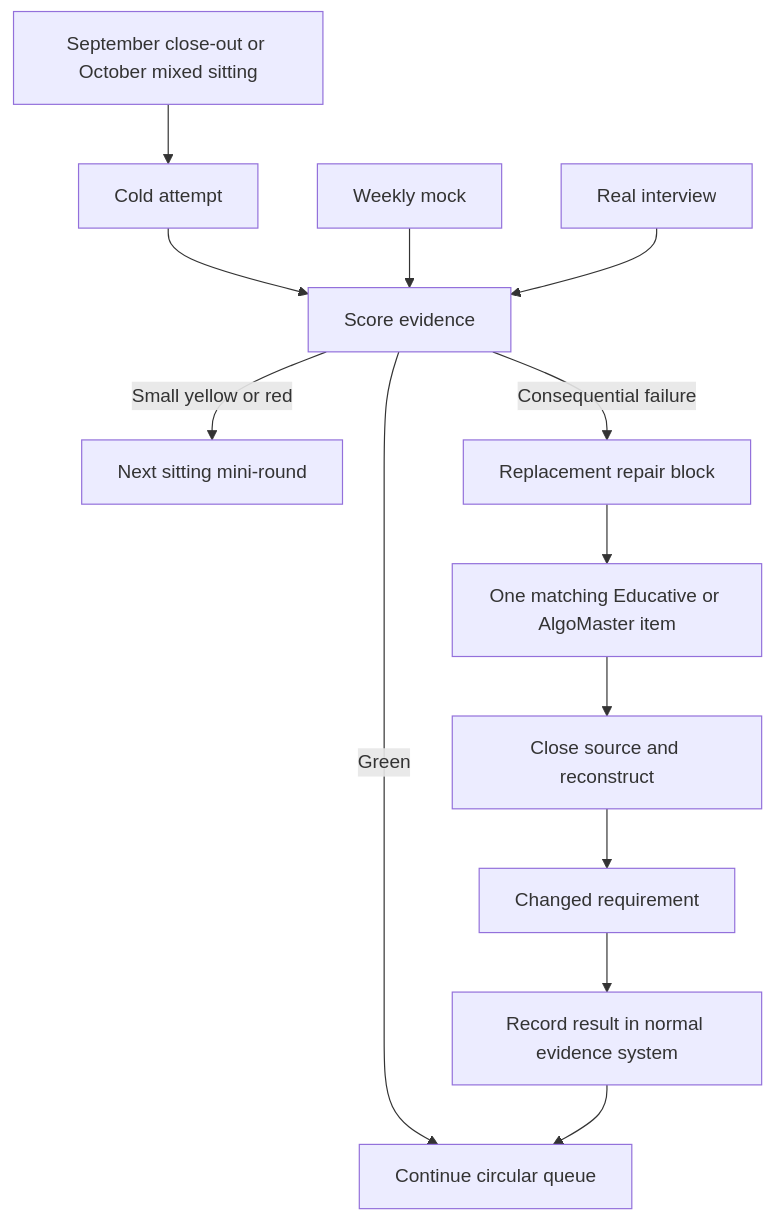
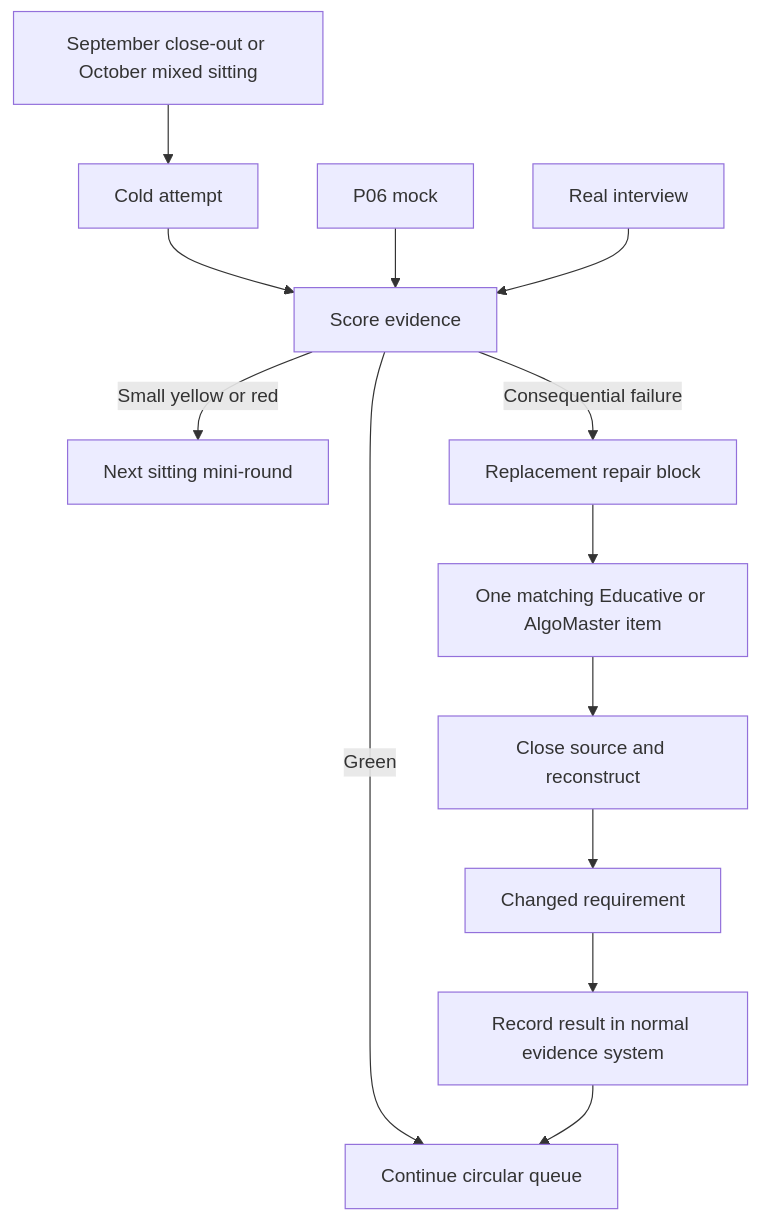
Before and after one commit to thechiranjeevjain/DSA10days: the second of 2 diagrams in dsa-review/interview/START_HERE_INTERVIEW_OPERATING_SYSTEM.md, drawn with Mermaid. The commit also changed other lines of this file and 3 other files, not shown here.

````diff
--- a/dsa-review/interview/START_HERE_INTERVIEW_OPERATING_SYSTEM.md
+++ b/dsa-review/interview/START_HERE_INTERVIEW_OPERATING_SYSTEM.md
@@ -114,15 +121,15 @@
 ```mermaid
 flowchart TD
     A[September close-out or October mixed sitting] --> B[Cold attempt]
     B --> C[Score evidence]
     C -->|Green| D[Continue circular queue]
     C -->|Small yellow or red| E[Next sitting mini-round]
     C -->|Consequential failure| F[Replacement repair block]
     F --> G[One matching Educative or AlgoMaster item]
     G --> H[Close source and reconstruct]
     H --> I[Changed requirement]
     I --> J[Record result in normal evidence system]
     J --> D
-    K[Weekly mock] --> C
+    K[P06 mock] --> C
     L[Real interview] --> C
 ```
````
